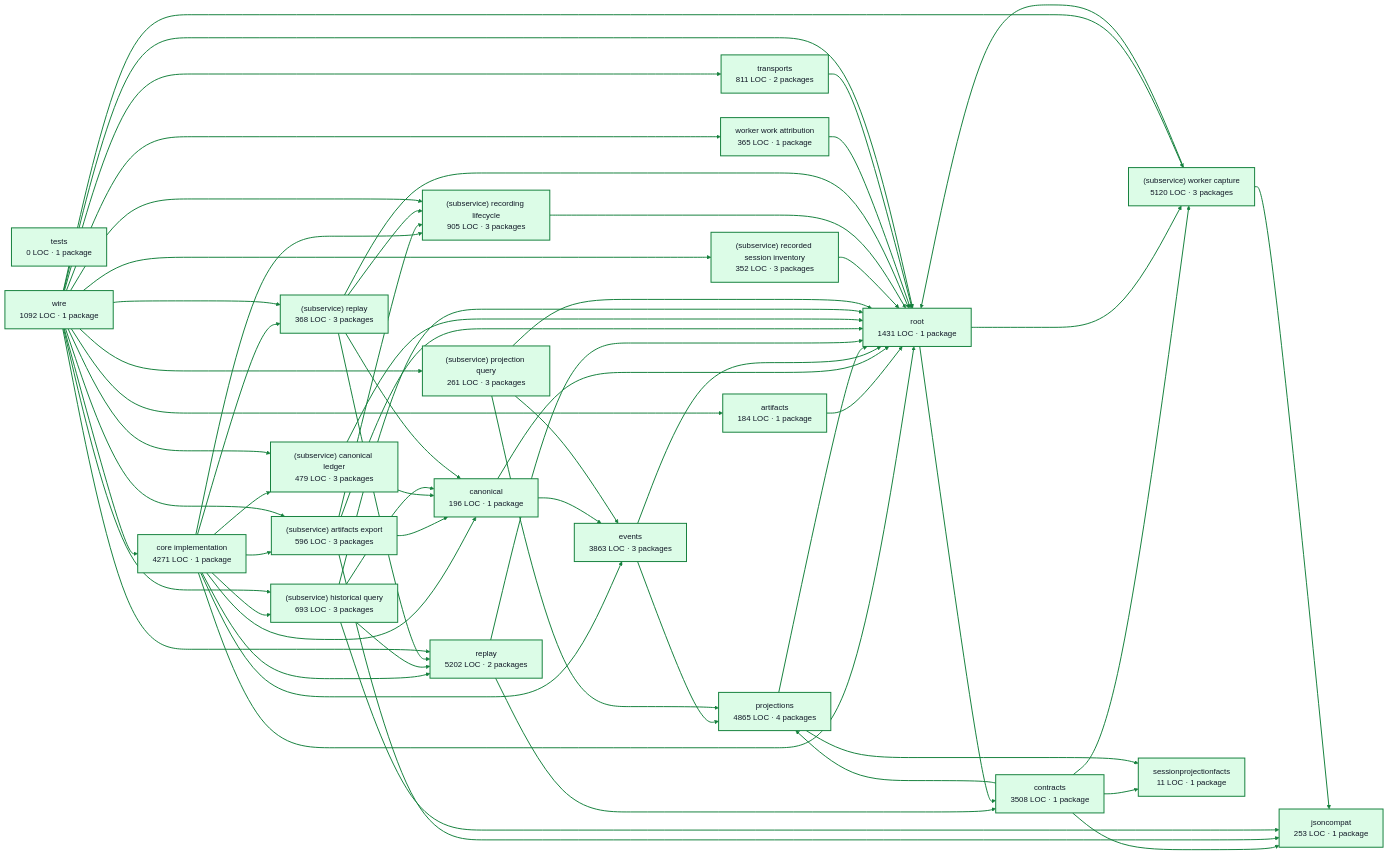
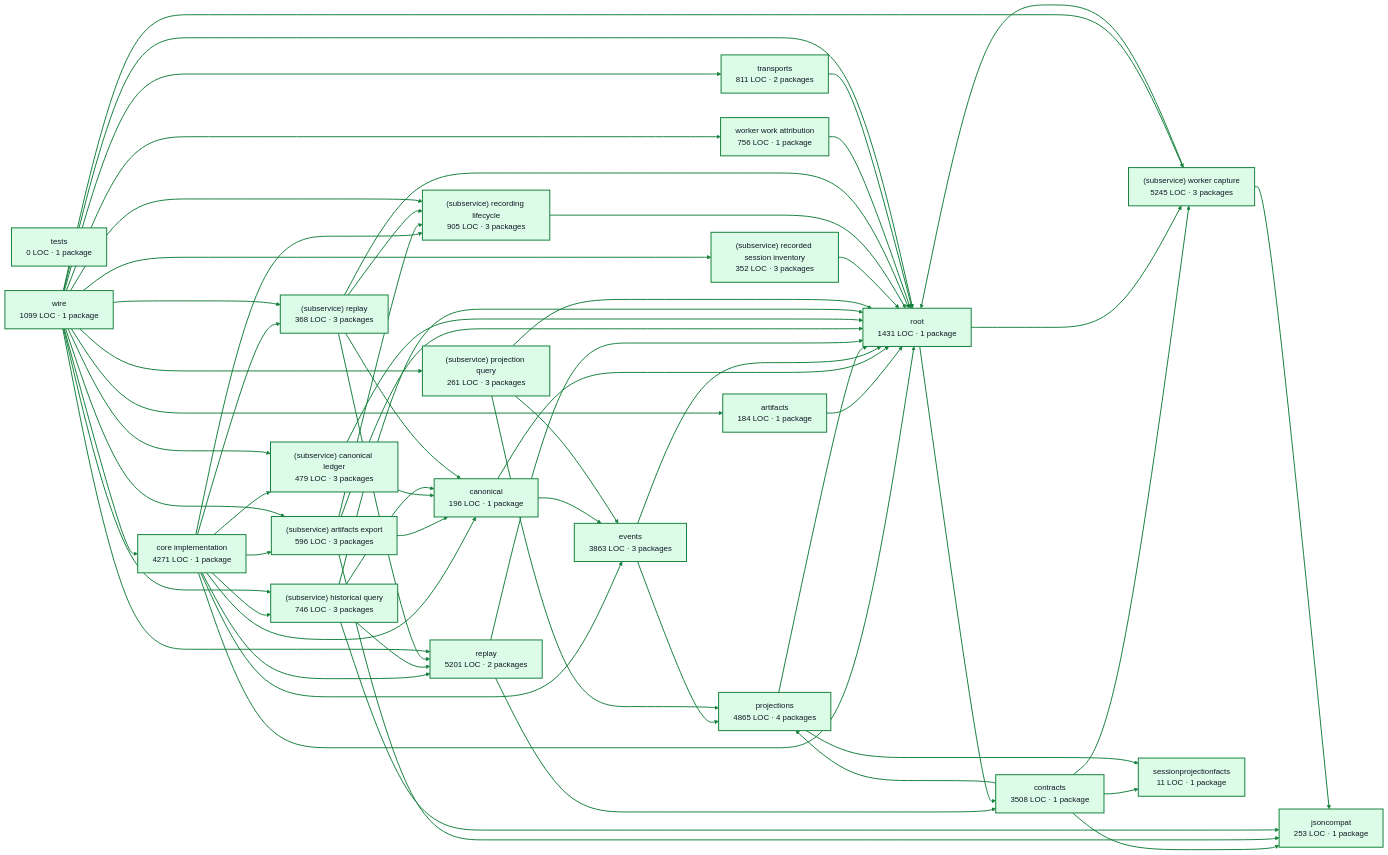
Before and after one commit to portpowered/you-agent-factory: the diagram in docs/architecture/visualizations/services/recordings.md, drawn with Mermaid. The commit also changed other lines of this file and 20 other files, not shown here.

Commit message:
docs: refresh backend architecture visualizations

```diff
--- a/docs/architecture/visualizations/services/recordings.md
+++ b/docs/architecture/visualizations/services/recordings.md
@@ -17,21 +17,21 @@
   p4["events<br/>3863 LOC · 3 packages"]
   p5["jsoncompat<br/>253 LOC · 1 package"]
   p6["projections<br/>4865 LOC · 4 packages"]
-  p7["replay<br/>5202 LOC · 2 packages"]
+  p7["replay<br/>5201 LOC · 2 packages"]
   p8["(subservice) artifacts export<br/>596 LOC · 3 packages"]
   p9["(subservice) canonical ledger<br/>479 LOC · 3 packages"]
-  p10["(subservice) historical query<br/>693 LOC · 3 packages"]
+  p10["(subservice) historical query<br/>746 LOC · 3 packages"]
   p11["(subservice) projection query<br/>261 LOC · 3 packages"]
   p12["(subservice) recorded session inventory<br/>352 LOC · 3 packages"]
   p13["(subservice) recording lifecycle<br/>905 LOC · 3 packages"]
   p14["(subservice) replay<br/>368 LOC · 3 packages"]
-  p15["(subservice) worker capture<br/>5120 LOC · 3 packages"]
+  p15["(subservice) worker capture<br/>5245 LOC · 3 packages"]
   p16["sessionprojectionfacts<br/>11 LOC · 1 package"]
   p17["tests<br/>0 LOC · 1 package"]
-  p18["worker work attribution<br/>365 LOC · 1 package"]
+  p18["worker work attribution<br/>756 LOC · 1 package"]
   p19["root<br/>1431 LOC · 1 package"]
   p20["transports<br/>811 LOC · 2 packages"]
-  p21["wire<br/>1092 LOC · 1 package"]
+  p21["wire<br/>1099 LOC · 1 package"]
   p0 --> p2
   p0 --> p4
   p0 --> p7
```
